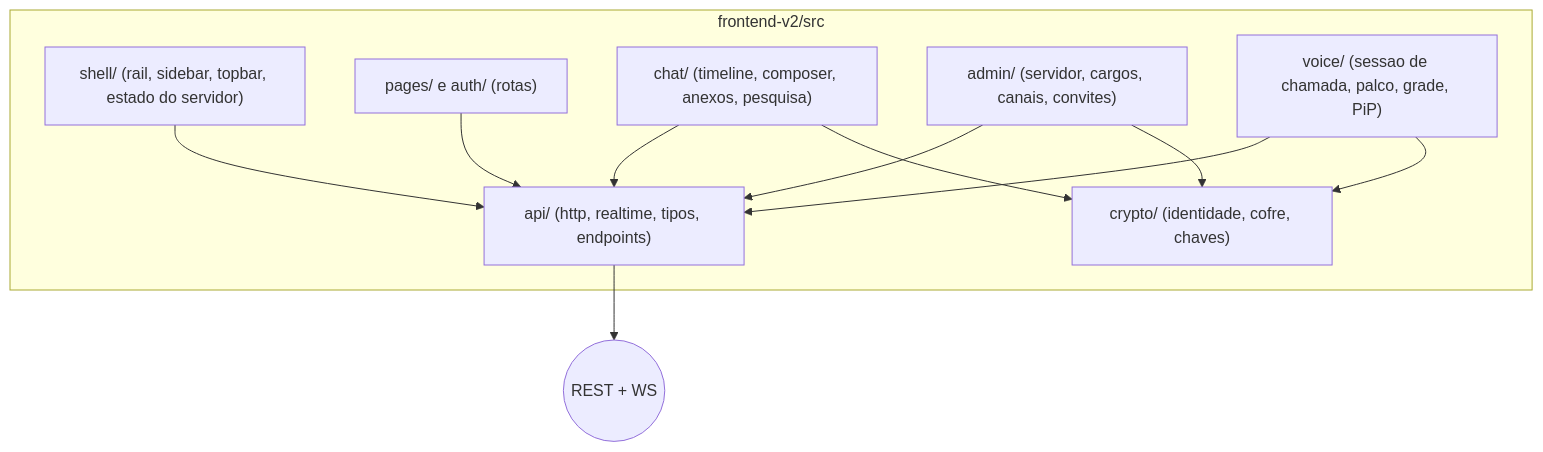
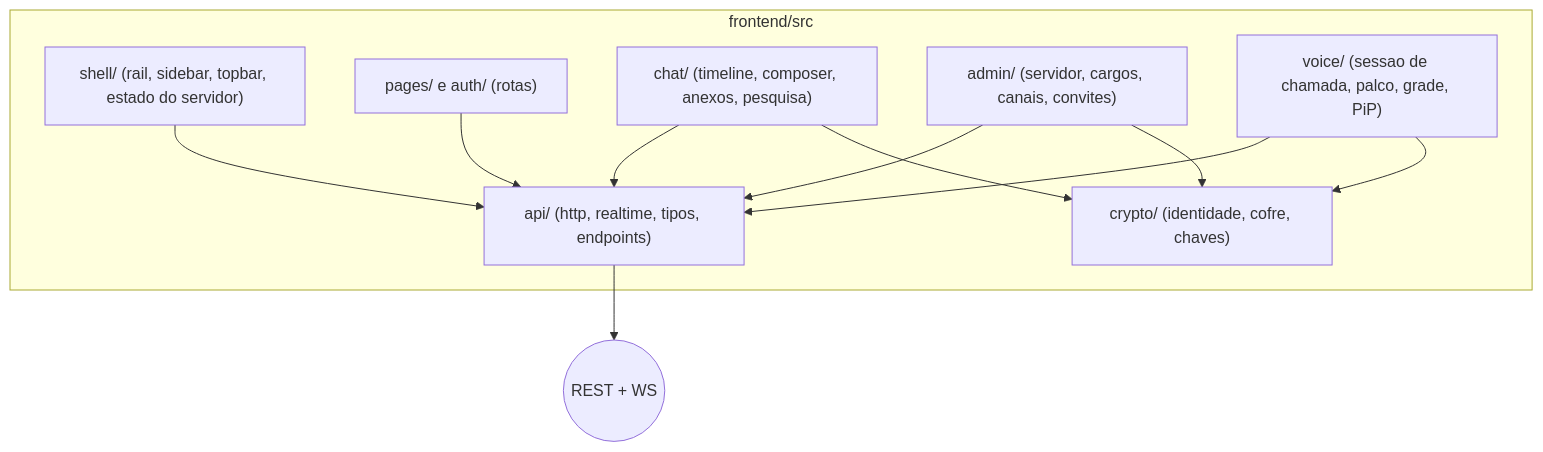
Before and after one commit to ricardopiloto/chat-app: the second of 3 diagrams in README.md, drawn with Mermaid. The commit also changed other lines of this file and 119 other files, not shown here.

````diff
--- a/README.md
+++ b/README.md
@@ -202,21 +205,21 @@
 ```mermaid
 flowchart TB
-    subgraph app["frontend-v2/src"]
+    subgraph app["frontend/src"]
         shell["shell/ (rail, sidebar, topbar, estado do servidor)"]
         pages["pages/ e auth/ (rotas)"]
         chat["chat/ (timeline, composer, anexos, pesquisa)"]
         admin["admin/ (servidor, cargos, canais, convites)"]
         voice["voice/ (sessao de chamada, palco, grade, PiP)"]
         crypto["crypto/ (identidade, cofre, chaves)"]
         api["api/ (http, realtime, tipos, endpoints)"]
     end
     shell --> api
     pages --> api
     chat --> api
     chat --> crypto
     admin --> api
     admin --> crypto
     voice --> api
     voice --> crypto
     api --> net(("REST + WS"))
 ```
````
